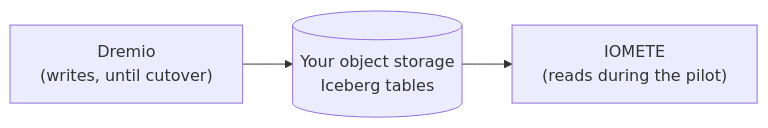
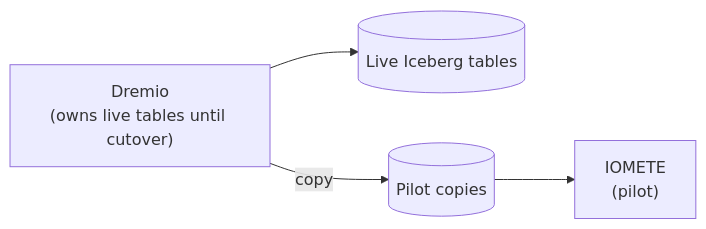
The diagram in blog/2026-10-13-dremio-sap-migration-guide.md (iomete/iom-docs), drawn with Mermaid before and after one commit. The commit also changed other lines of this file, not shown here.

````diff
--- a/blog/2026-10-13-dremio-sap-migration-guide.md
+++ b/blog/2026-10-13-dremio-sap-migration-guide.md
@@ -83,8 +83,10 @@
 ```mermaid
 flowchart LR
-  S[("Your object storage<br/>Iceberg tables")]
-  D["Dremio<br/>(writes, until cutover)"]
-  I["IOMETE<br/>(reads during the pilot)"]
+  D["Dremio<br/>(owns live tables until cutover)"]
+  S[("Live Iceberg tables")]
+  P[("Pilot copies")]
+  I["IOMETE<br/>(pilot)"]
   D --> S
-  S --> I
+  D -- "copy" --> P
+  P --> I
 ```
````
